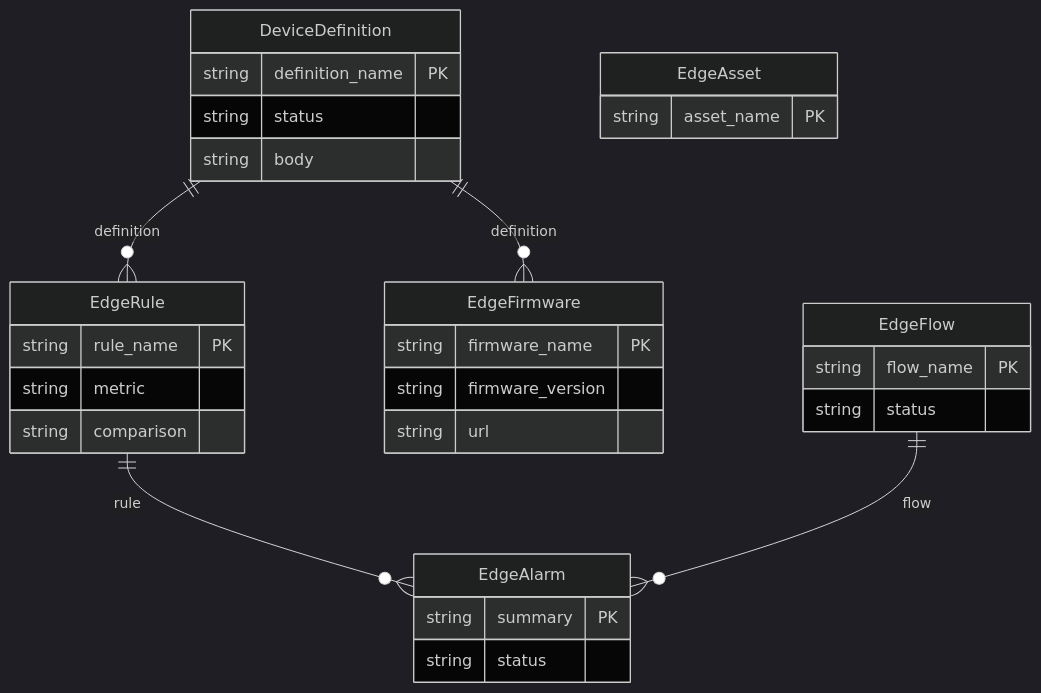
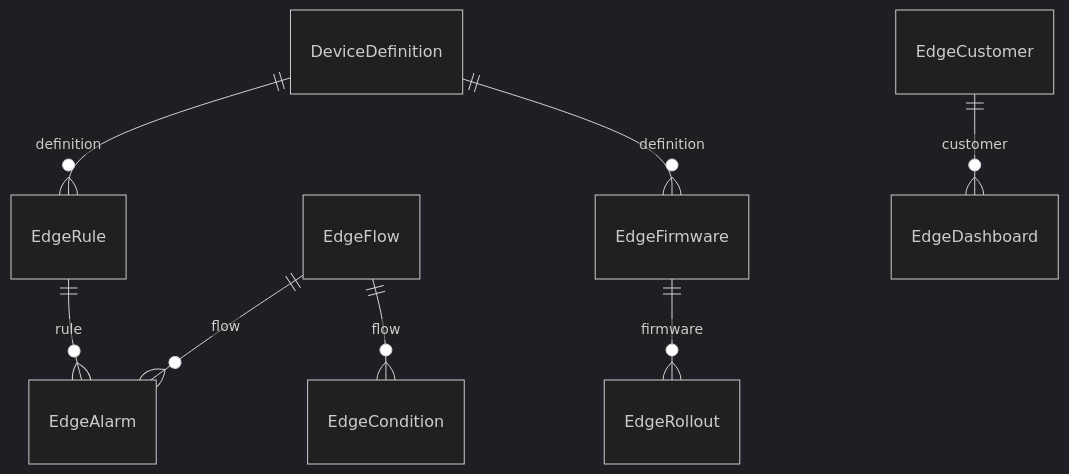
The third of 3 diagrams in README.md (CBFerrum/ferrum-app-edge), drawn with Mermaid (dark theme) before and after one commit. The commit also changed other lines of this file and 16 other files, not shown here.

First line of the commit message:
docs: end-to-end README with screenshots, features, comparison and roadmap

````diff
--- a/README.md
+++ b/README.md
@@ -264,33 +328,10 @@
 ```mermaid
 erDiagram
-    DeviceDefinition {
-        string definition_name PK
-        string status
-        string body
-    }
-    EdgeRule {
-        string rule_name PK
-        string metric
-        string comparison
-    }
-    EdgeAlarm {
-        string summary PK
-        string status
-    }
-    EdgeAsset {
-        string asset_name PK
-    }
-    EdgeFirmware {
-        string firmware_name PK
-        string firmware_version
-        string url
-    }
-    EdgeFlow {
-        string flow_name PK
-        string status
-    }
     DeviceDefinition ||--o{ EdgeRule : "definition"
     EdgeRule ||--o{ EdgeAlarm : "rule"
     EdgeFlow ||--o{ EdgeAlarm : "flow"
     DeviceDefinition ||--o{ EdgeFirmware : "definition"
+    EdgeFirmware ||--o{ EdgeRollout : "firmware"
+    EdgeCustomer ||--o{ EdgeDashboard : "customer"
+    EdgeFlow ||--o{ EdgeCondition : "flow"
 ```
````
